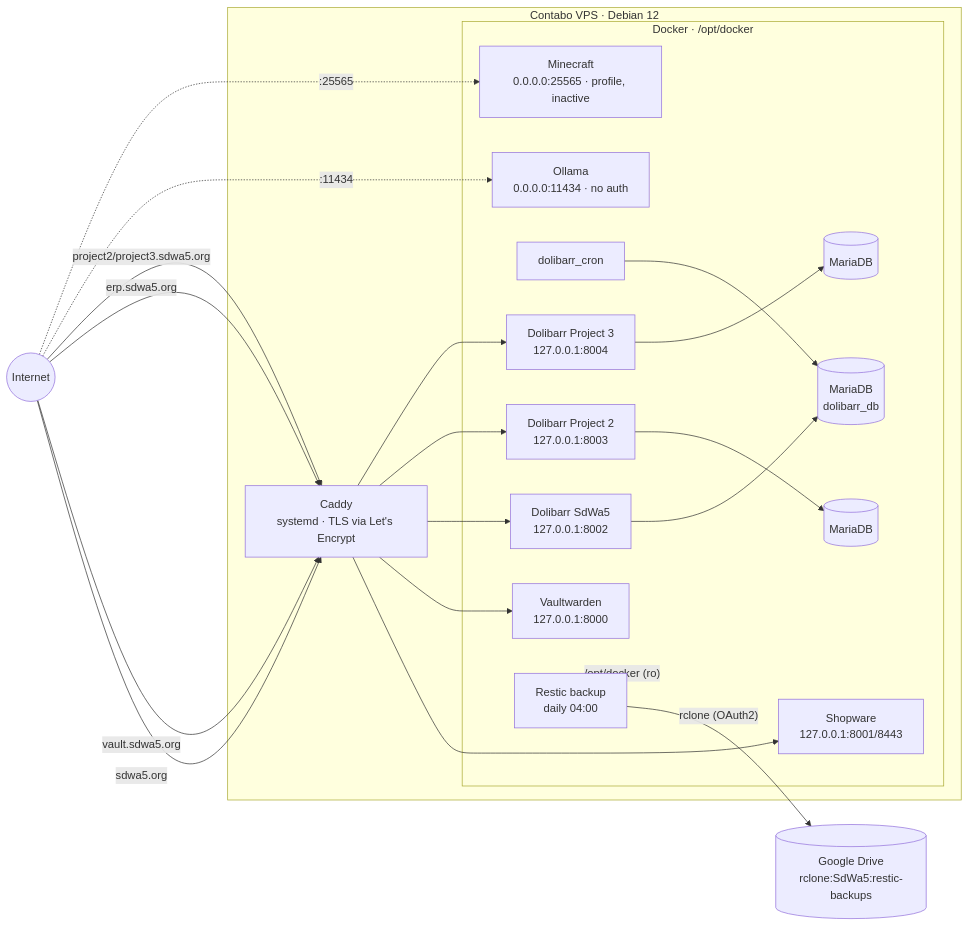
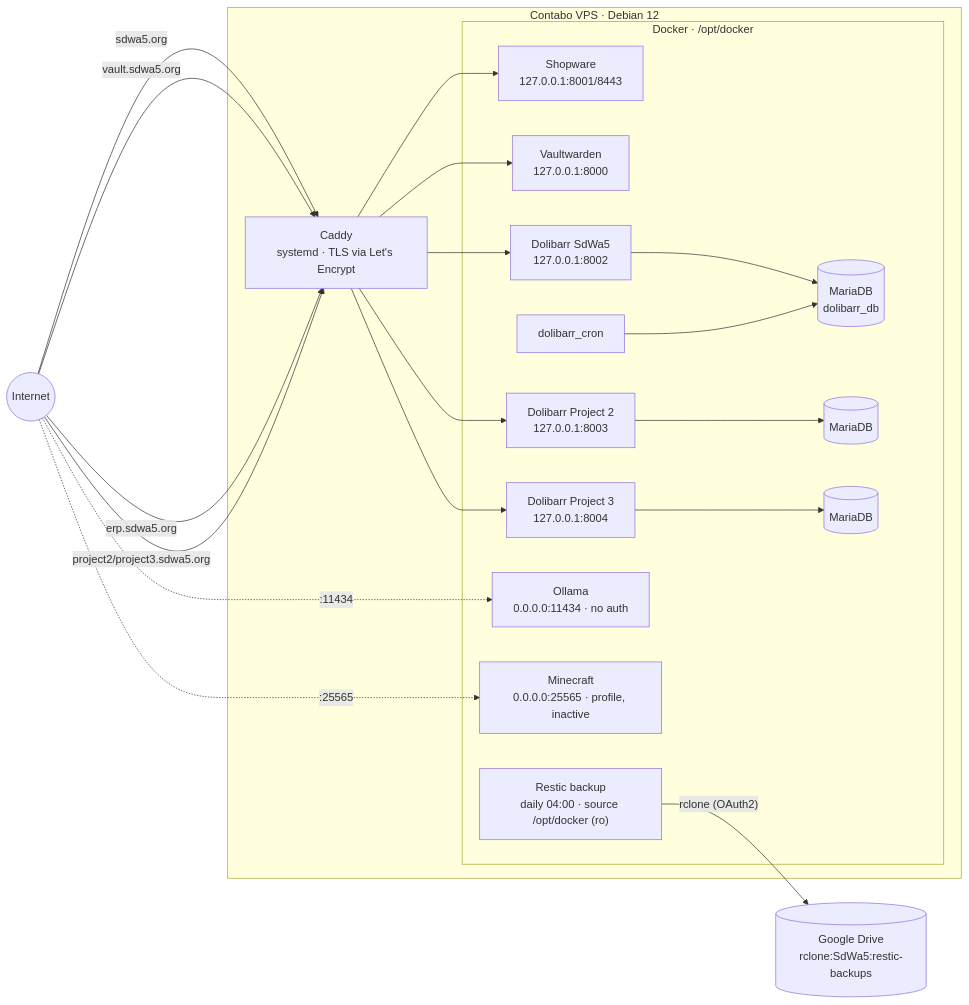
One commit to SdWa5/vps changed the diagram in docs/infrastructure.md. Above: the diagram before and after it, drawn with Mermaid.

Commit message:
main sdwa5-vps v1.3.2
### Fixed
- docs/infrastructure.md: diagram — removed Restic → docker cluster edge (distorted dagre ranking, pushed Shopware into DB column); backup source moved into Restic node label

````diff
--- a/docs/infrastructure.md
+++ b/docs/infrastructure.md
@@ -7,43 +7,42 @@
 ```mermaid
 flowchart LR
     U((Internet))
 
     subgraph vps ["Contabo VPS · Debian 12"]
         C["Caddy<br/>systemd · TLS via Let's Encrypt"]
 
         subgraph docker ["Docker · /opt/docker"]
             SW["Shopware<br/>127.0.0.1:8001/8443"]
             VW["Vaultwarden<br/>127.0.0.1:8000"]
             DL["Dolibarr SdWa5<br/>127.0.0.1:8002"]
             DLC["dolibarr_cron"]
             DLDB[("MariaDB<br/>dolibarr_db")]
             P2["Dolibarr Project 2<br/>127.0.0.1:8003"]
             P2DB[("MariaDB")]
             P3["Dolibarr Project 3<br/>127.0.0.1:8004"]
             P3DB[("MariaDB")]
             OL["Ollama<br/>0.0.0.0:11434 · no auth"]
             MC["Minecraft<br/>0.0.0.0:25565 · profile, inactive"]
-            RS["Restic backup<br/>daily 04:00"]
+            RS["Restic backup<br/>daily 04:00 · source /opt/docker (ro)"]
         end
     end
 
     GD[("Google Drive<br/>rclone:SdWa5:restic-backups")]
 
     U -- "sdwa5.org" --> C
     U -- "vault.sdwa5.org" --> C
     U -- "erp.sdwa5.org" --> C
     U -- "project2/project3.sdwa5.org" --> C
     U -. ":11434" .-> OL
     U -. ":25565" .-> MC
 
     C --> SW & VW & DL
     C --> P2 & P3
 
     DL --> DLDB
     DLC --> DLDB
     P2 --> P2DB
     P3 --> P3DB
 
-    RS -- "/opt/docker (ro)" --> docker
     RS -- "rclone (OAuth2)" --> GD
 ```
````
